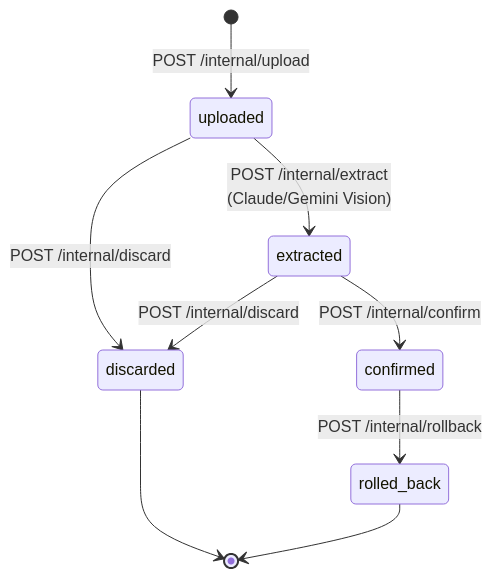
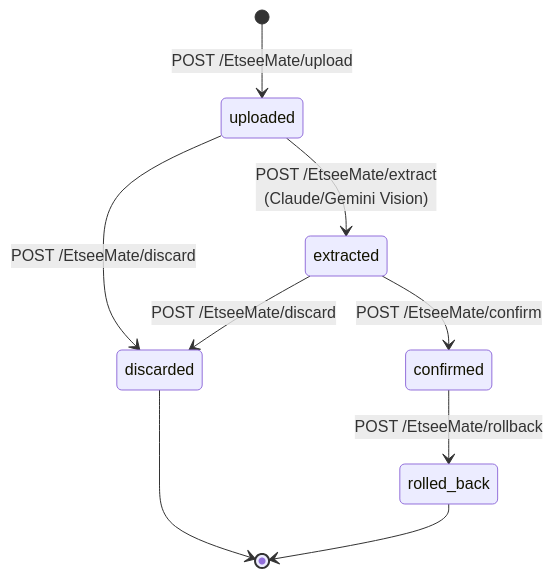
The first of 4 diagrams in docs/04_internal_import.md (Hiienng/nguyenphamdieuhien), drawn with Mermaid before and after one commit. The commit also changed other lines of this file and 91 other files, not shown here.

````diff
--- a/docs/04_internal_import.md
+++ b/docs/04_internal_import.md
@@ -8,11 +8,11 @@
 ```mermaid
 stateDiagram-v2
-    [*] --> uploaded: POST /internal/upload
-    uploaded --> extracted: POST /internal/extract<br/>(Claude/Gemini Vision)
-    uploaded --> discarded: POST /internal/discard
-    extracted --> confirmed: POST /internal/confirm
-    extracted --> discarded: POST /internal/discard
-    confirmed --> rolled_back: POST /internal/rollback
+    [*] --> uploaded: POST /EtseeMate/upload
+    uploaded --> extracted: POST /EtseeMate/extract<br/>(Claude/Gemini Vision)
+    uploaded --> discarded: POST /EtseeMate/discard
+    extracted --> confirmed: POST /EtseeMate/confirm
+    extracted --> discarded: POST /EtseeMate/discard
+    confirmed --> rolled_back: POST /EtseeMate/rollback
     discarded --> [*]
     rolled_back --> [*]
 ```
````
